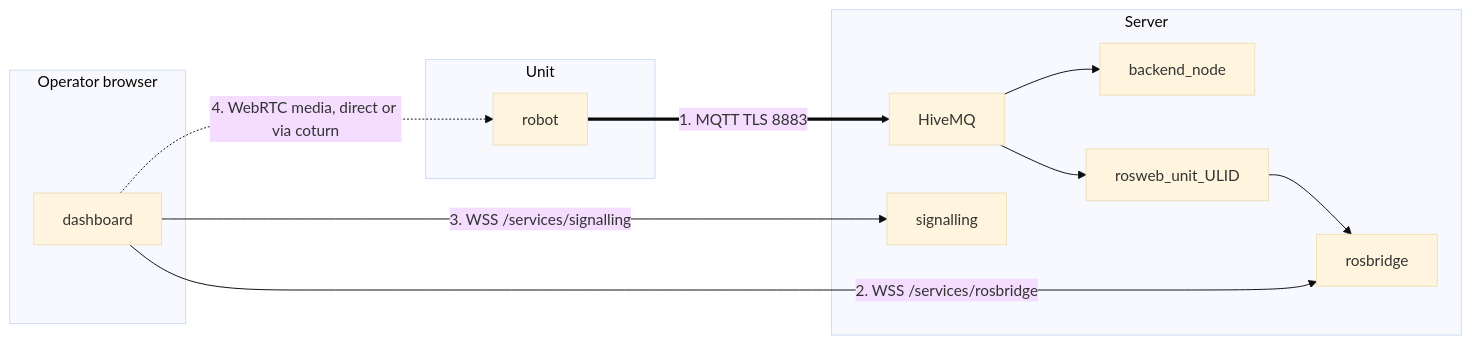
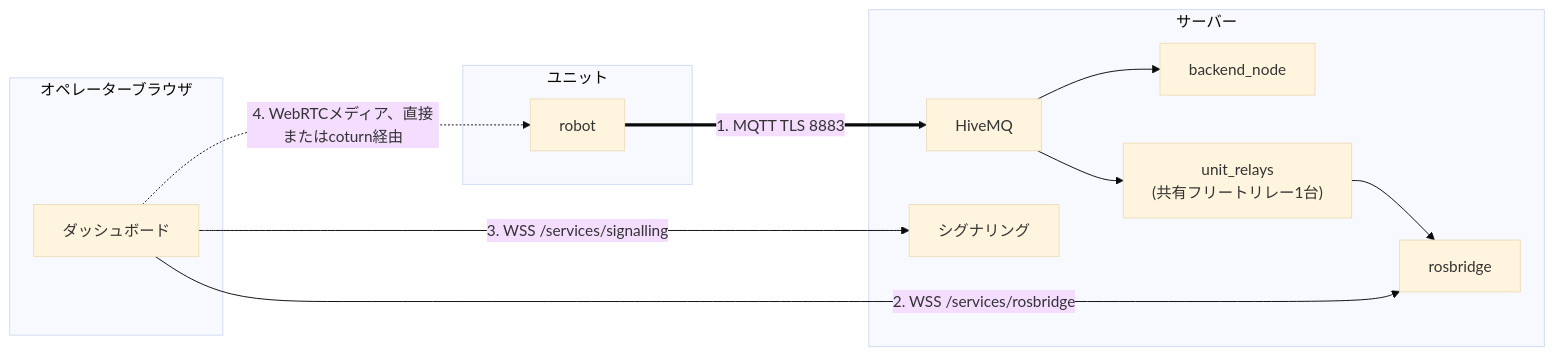
The diagram in docs/ja/setup/system-setup.md (itbdelaboprogramming/msd700_documentation), drawn with Mermaid (base theme) before and after one commit. The commit also changed other lines of this file and 110 other files, not shown here.

````diff
--- a/docs/ja/setup/system-setup.md
+++ b/docs/ja/setup/system-setup.md
@@ -14,23 +11,23 @@
 ```mermaid
 flowchart LR
-  subgraph U["Unit"]
+  subgraph U["ユニット"]
     R["robot"]
   end
-  subgraph S["Server"]
+  subgraph S["サーバー"]
     MQ["HiveMQ"]
     BE["backend_node"]
-    UC["rosweb_unit_ULID"]
+    FR["unit_relays<br/>(共有フリートリレー1台)"]
     RB["rosbridge"]
-    SIG["signalling"]
+    SIG["シグナリング"]
   end
-  subgraph B["Operator browser"]
-    UI["dashboard"]
+  subgraph B["オペレーターブラウザ"]
+    UI["ダッシュボード"]
   end
 
   R ==>|"1. MQTT TLS 8883"| MQ
   MQ --> BE
-  MQ --> UC --> RB
+  MQ --> FR --> RB
   UI -->|"2. WSS /services/rosbridge"| RB
   UI -->|"3. WSS /services/signalling"| SIG
-  UI -.->|"4. WebRTC media, direct or via coturn"| R
+  UI -.->|"4. WebRTCメディア、直接またはcoturn経由"| R
 ```
````
